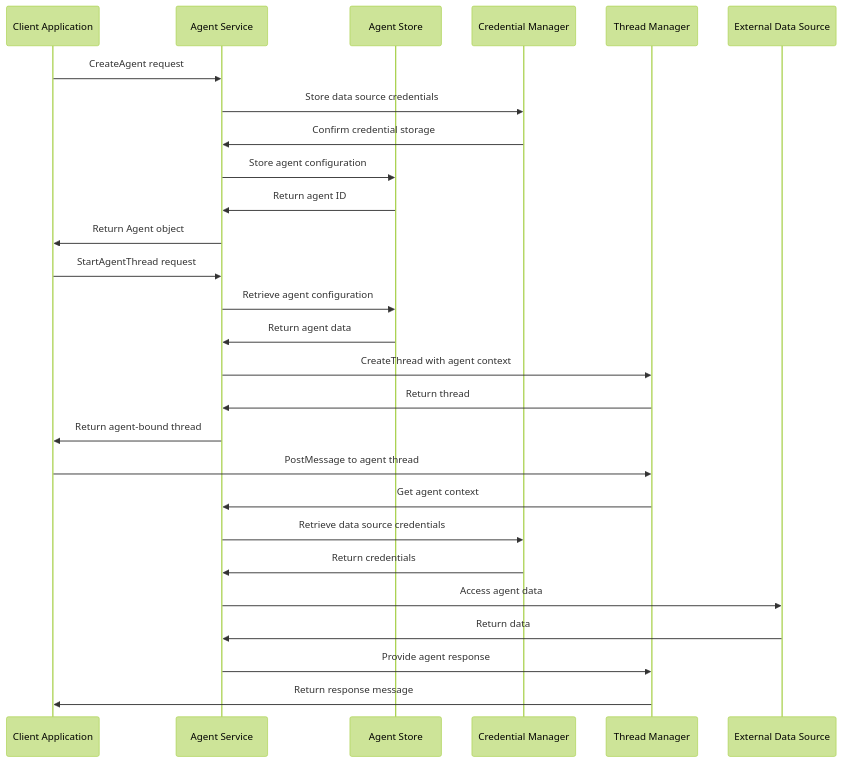
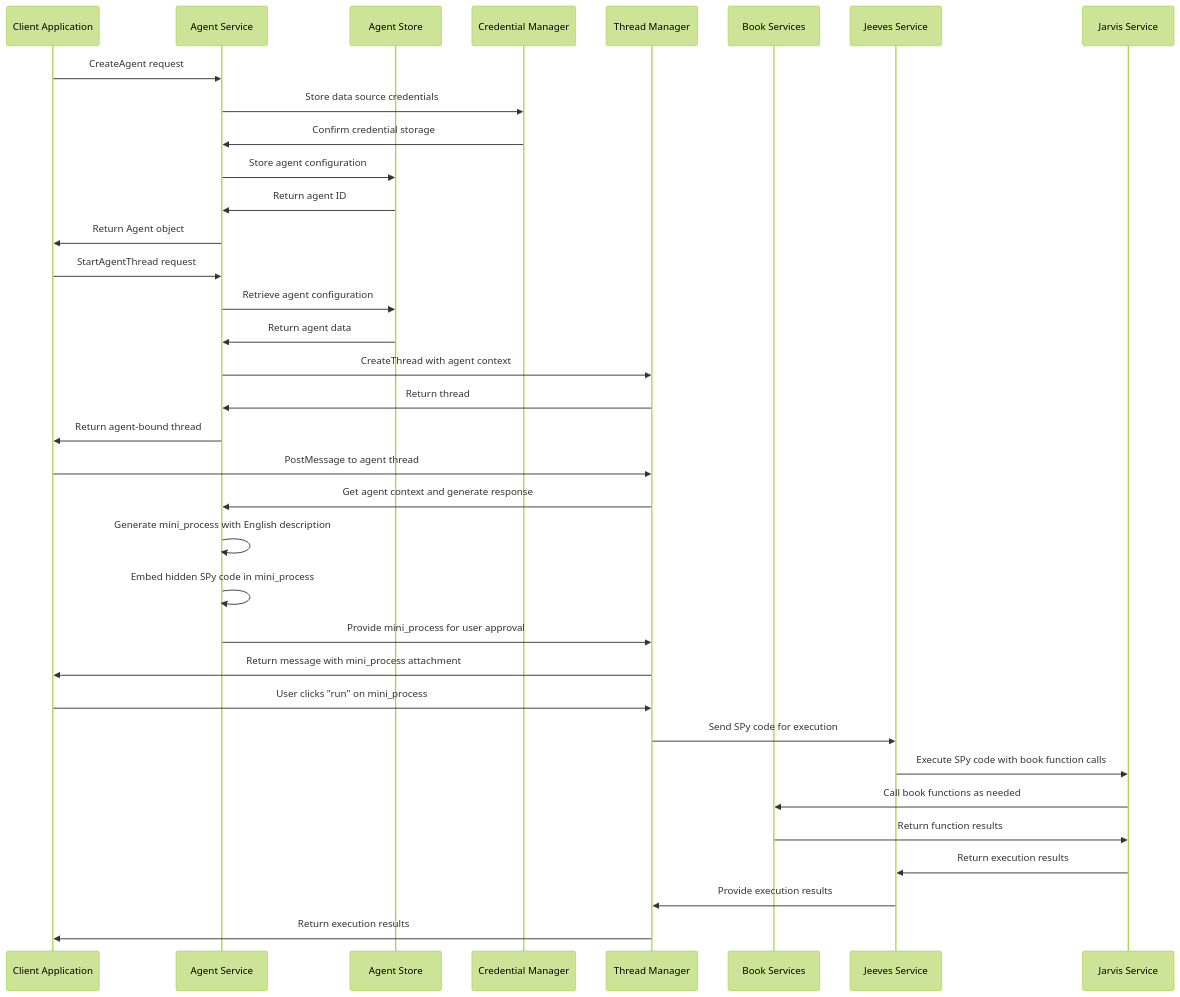
The diagram in docs/chat-agent-services/agent-service.md (3miliano/voyager-architecture), drawn with Mermaid (forest theme) before and after one commit. The commit also changed other lines of this file, not shown here.

First line of the commit message:
Update Agent Service architecture to reflect correct execution flow

````diff
--- a/docs/chat-agent-services/agent-service.md
+++ b/docs/chat-agent-services/agent-service.md
@@ -108,32 +111,41 @@
 ```mermaid
 sequenceDiagram
     participant Client as Client Application
     participant AgentSvc as Agent Service
     participant AgentStore as Agent Store
     participant CredMgr as Credential Manager
     participant ThreadMgr as Thread Manager
-    participant DataSource as External Data Source
+    participant Books as Book Services
+    participant Jeeves as Jeeves Service
+    participant Jarvis as Jarvis Service
 
     Client->>AgentSvc: CreateAgent request
     AgentSvc->>CredMgr: Store data source credentials
     CredMgr->>AgentSvc: Confirm credential storage
     AgentSvc->>AgentStore: Store agent configuration
     AgentStore->>AgentSvc: Return agent ID
     AgentSvc->>Client: Return Agent object
 
     Client->>AgentSvc: StartAgentThread request
     AgentSvc->>AgentStore: Retrieve agent configuration
     AgentStore->>AgentSvc: Return agent data
     AgentSvc->>ThreadMgr: CreateThread with agent context
     ThreadMgr->>AgentSvc: Return thread
     AgentSvc->>Client: Return agent-bound thread
 
     Client->>ThreadMgr: PostMessage to agent thread
-    ThreadMgr->>AgentSvc: Get agent context
-    AgentSvc->>CredMgr: Retrieve data source credentials
-    CredMgr->>AgentSvc: Return credentials
-    AgentSvc->>DataSource: Access agent data
-    DataSource->>AgentSvc: Return data
-    AgentSvc->>ThreadMgr: Provide agent response
-    ThreadMgr->>Client: Return response message
+    ThreadMgr->>AgentSvc: Get agent context and generate response
+    AgentSvc->>AgentSvc: Generate mini_process with English description
+    AgentSvc->>AgentSvc: Embed hidden SPy code in mini_process
+    AgentSvc->>ThreadMgr: Provide mini_process for user approval
+    ThreadMgr->>Client: Return message with mini_process attachment
+    
+    Client->>ThreadMgr: User clicks "run" on mini_process
+    ThreadMgr->>Jeeves: Send SPy code for execution
+    Jeeves->>Jarvis: Execute SPy code with book function calls
+    Jarvis->>Books: Call book functions as needed
+    Books->>Jarvis: Return function results
+    Jarvis->>Jeeves: Return execution results
+    Jeeves->>ThreadMgr: Provide execution results
+    ThreadMgr->>Client: Return execution results
 ```
````
